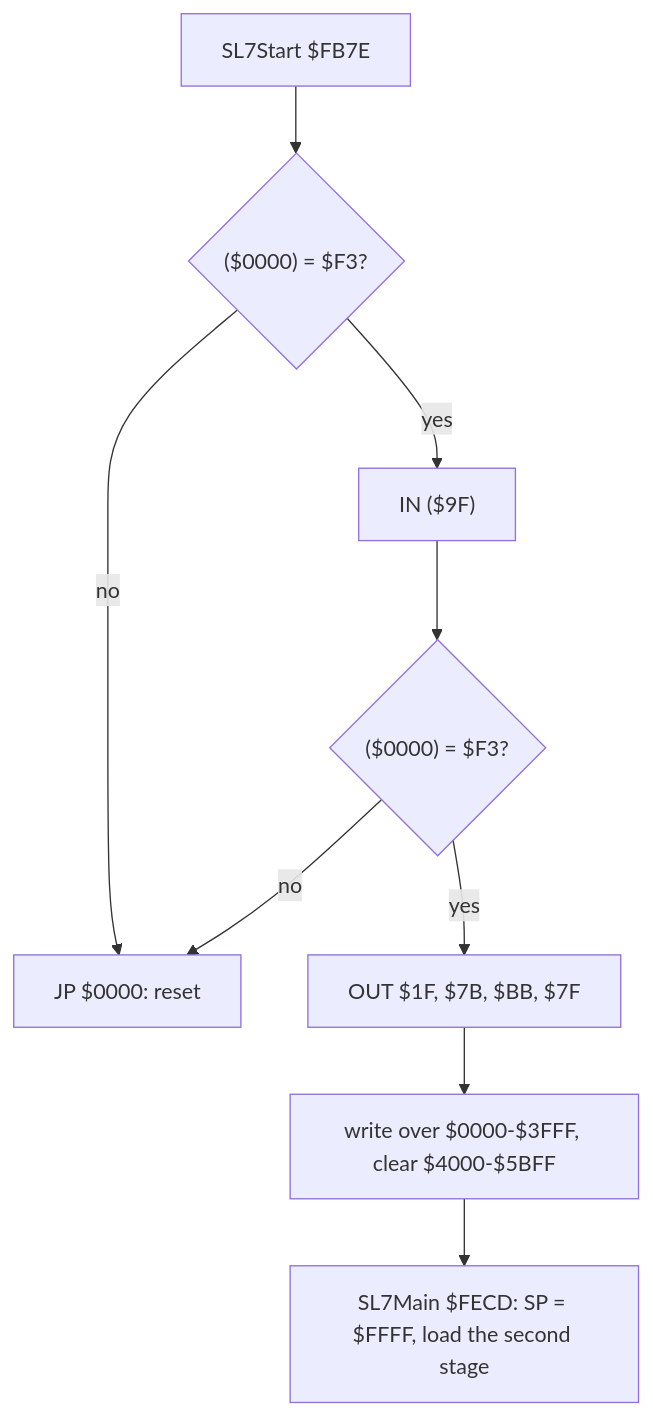
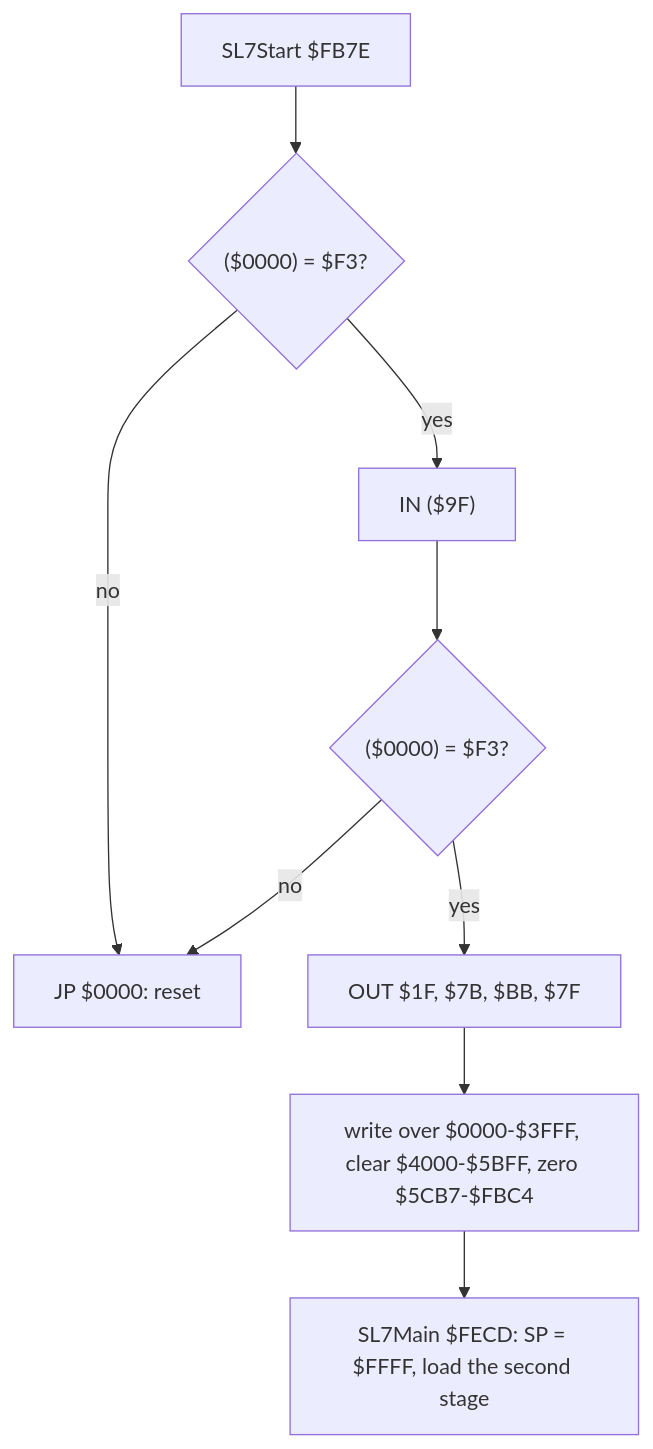
The second of 9 diagrams in games/r-type/docs/03-build-and-load.md (alfishe/unrealng-reverse-cases), drawn with Mermaid before and after one commit. The commit also changed other lines of this file and 31 other files, not shown here.

````diff
--- a/games/r-type/docs/03-build-and-load.md
+++ b/games/r-type/docs/03-build-and-load.md
@@ -366,11 +375,11 @@
 ```mermaid
 flowchart TD
     A["SL7Start $FB7E"] --> B{"($0000) = $F3?"}
     B -->|"no"| R["JP $0000: reset"]
     B -->|"yes"| C["IN ($9F)"]
     C --> D{"($0000) = $F3?"}
     D -->|"no"| R
     D -->|"yes"| E["OUT $1F, $7B, $BB, $7F"]
-    E --> F["write over $0000-$3FFF, clear $4000-$5BFF"]
+    E --> F["write over $0000-$3FFF, clear $4000-$5BFF, zero $5CB7-$FBC4"]
     F --> G["SL7Main $FECD: SP = $FFFF, load the second stage"]
 ```
````
